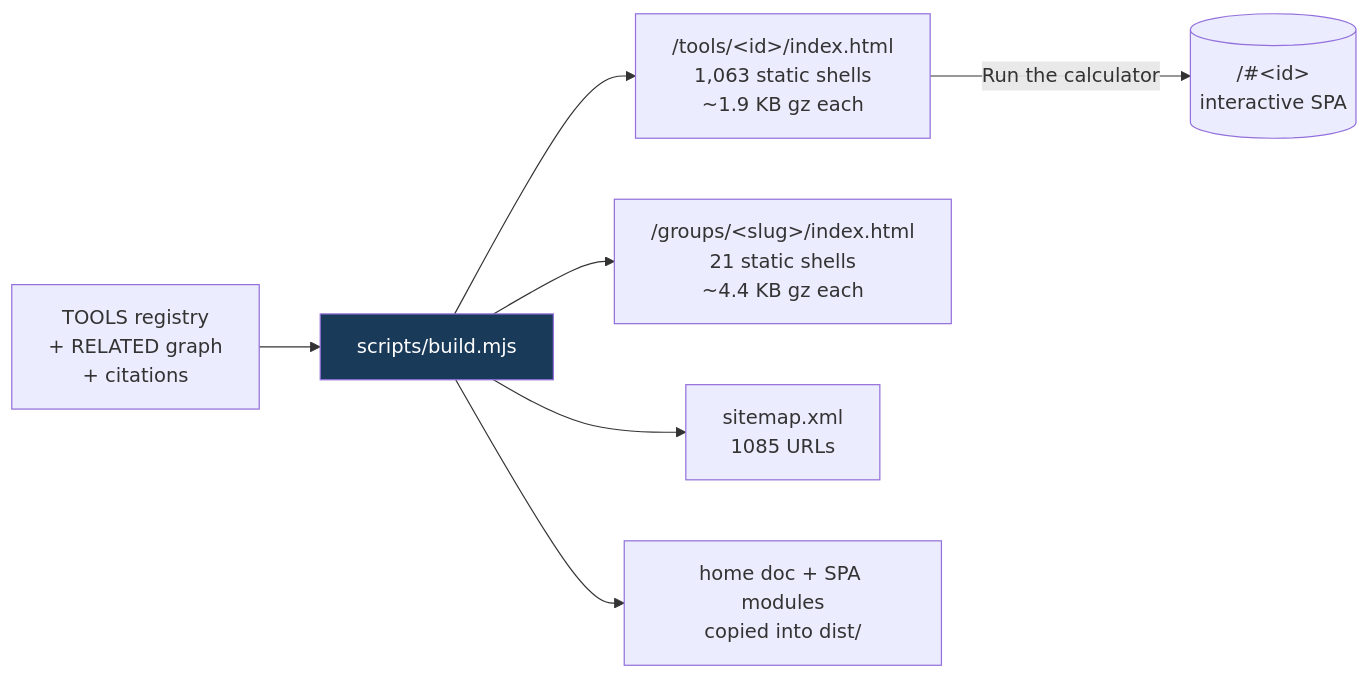
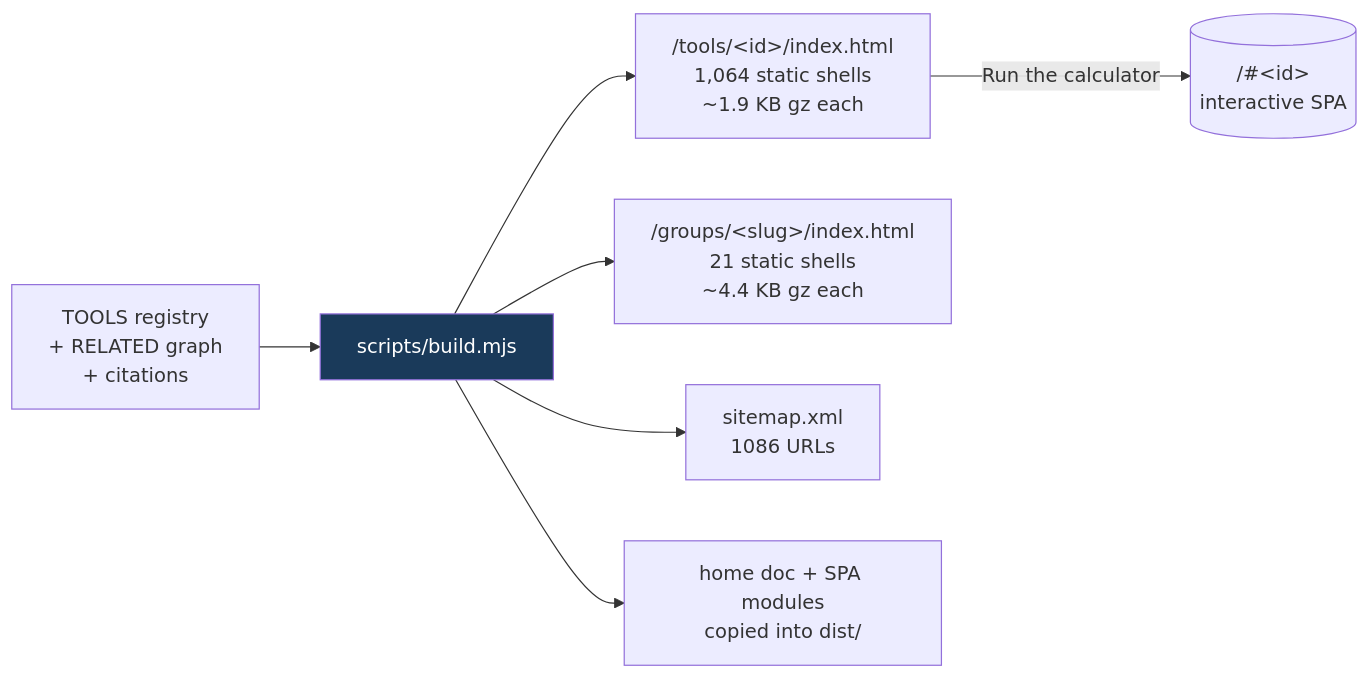
The fifth of 8 diagrams in README.md (clay-good/roughlogic.com), drawn with Mermaid before and after one commit. The commit also changed other lines of this file and 13 other files, not shown here.

````diff
--- a/README.md
+++ b/README.md
@@ -495,10 +495,10 @@
 ```mermaid
 flowchart LR
     SRC[TOOLS registry\n+ RELATED graph\n+ citations] --> BUILD[scripts/build.mjs]
-    BUILD --> TILE["/tools/&lt;id&gt;/index.html\n1,063 static shells\n~1.9 KB gz each"]
+    BUILD --> TILE["/tools/&lt;id&gt;/index.html\n1,064 static shells\n~1.9 KB gz each"]
     BUILD --> GROUP["/groups/&lt;slug&gt;/index.html\n21 static shells\n~4.4 KB gz each"]
-    BUILD --> MAP["sitemap.xml\n1085 URLs"]
+    BUILD --> MAP["sitemap.xml\n1086 URLs"]
     BUILD --> COPY[home doc + SPA modules\ncopied into dist/]
     TILE -->|Run the calculator| SPA[("/#&lt;id&gt;\ninteractive SPA")]
     style BUILD fill:#1a3a5a,color:#fff
 ```
````
